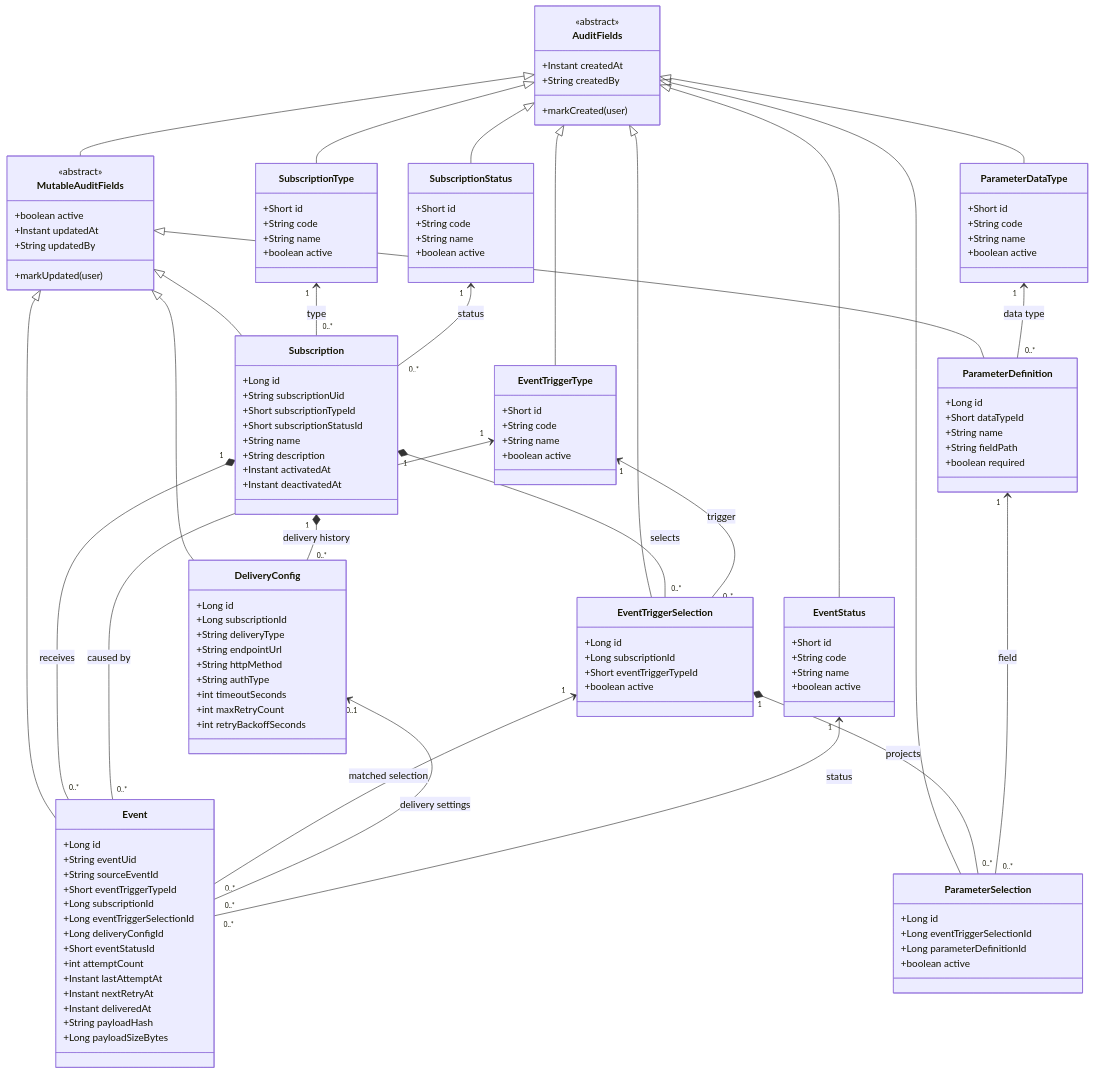
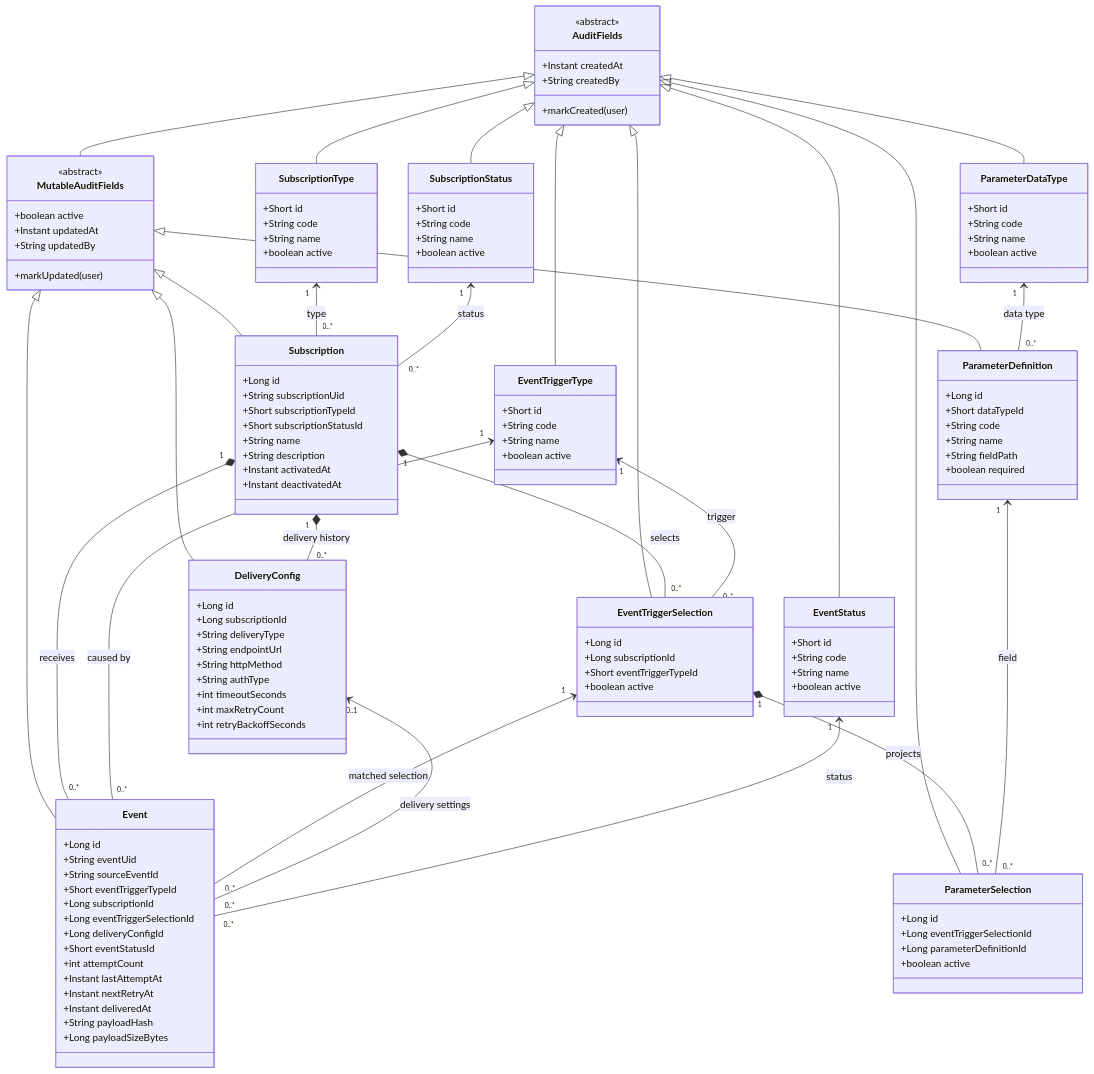
The fourth of 4 diagrams in docs/architecture-uml.md (SudSwastik/konductor), drawn with Mermaid before and after one commit. The commit also changed other lines of this file and 39 other files, not shown here.

Commit message:
Consolidate subscription schema and seed data migrations

```diff
--- a/docs/architecture-uml.md
+++ b/docs/architecture-uml.md
@@ -378,6 +379,7 @@
     class ParameterDefinition {
         +Long id
         +Short dataTypeId
+        +String code
         +String name
         +String fieldPath
         +boolean required
```
